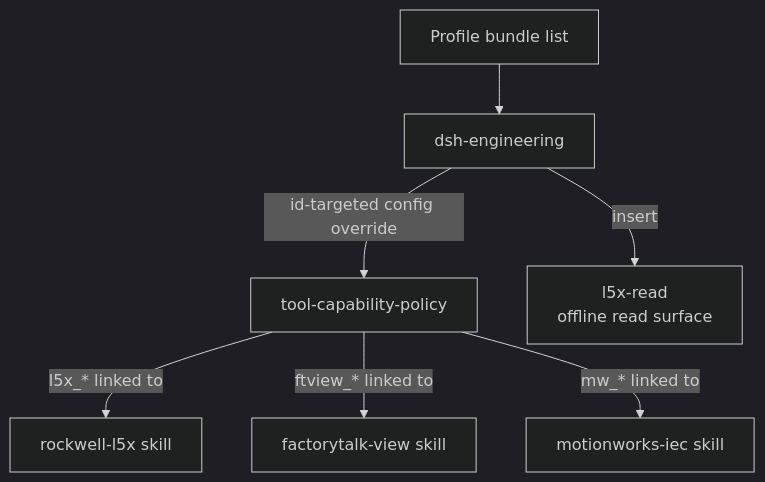
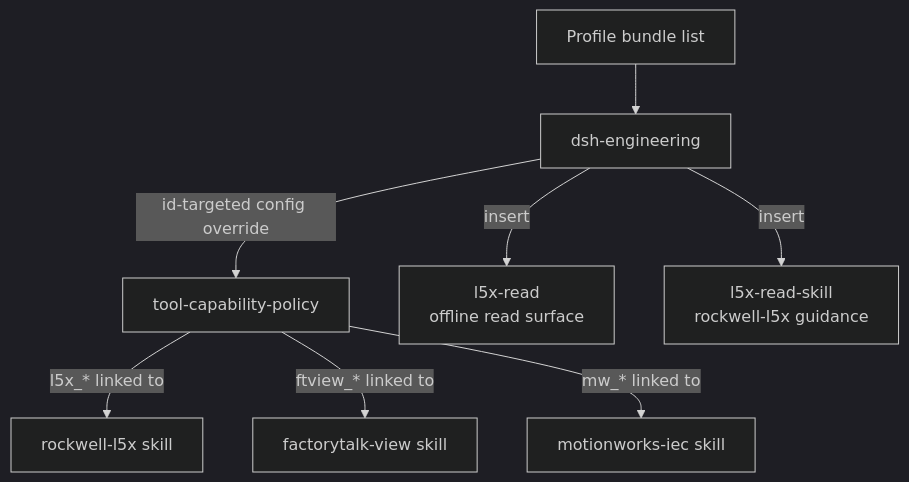
Before and after one commit to KonnectSuite/dsh-engineering: the first of 3 diagrams in README.md, drawn with Mermaid (dark theme). The commit also changed other lines of this file and 9 other files, not shown here.

Commit message:
Port the rockwell-l5x guidance into the L5X package

````diff
--- a/README.md
+++ b/README.md
@@ -17,9 +17,10 @@
 ```mermaid
 flowchart TB
   Profile["Profile bundle list"] --> Bundle["dsh-engineering"]
   Bundle -->|"id-targeted config override"| Policy["tool-capability-policy"]
   Bundle -->|"insert"| Read["l5x-read<br/>offline read surface"]
+  Bundle -->|"insert"| Skill["l5x-read-skill<br/>rockwell-l5x guidance"]
   Policy -->|"l5x_* linked to"| L5X["rockwell-l5x skill"]
   Policy -->|"ftview_* linked to"| FTV["factorytalk-view skill"]
   Policy -->|"mw_* linked to"| MWI["motionworks-iec skill"]
 ```
````
